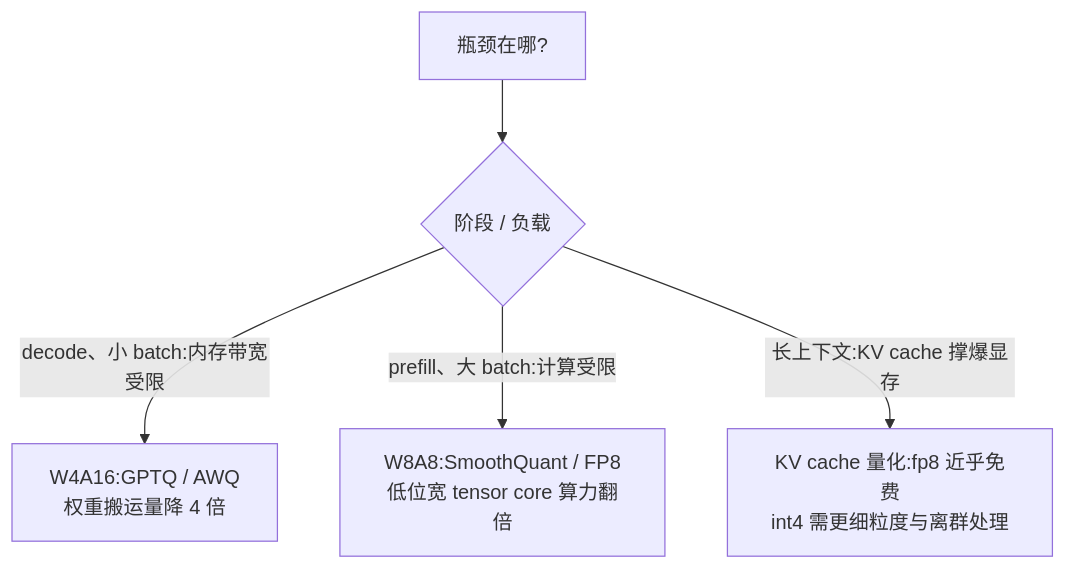
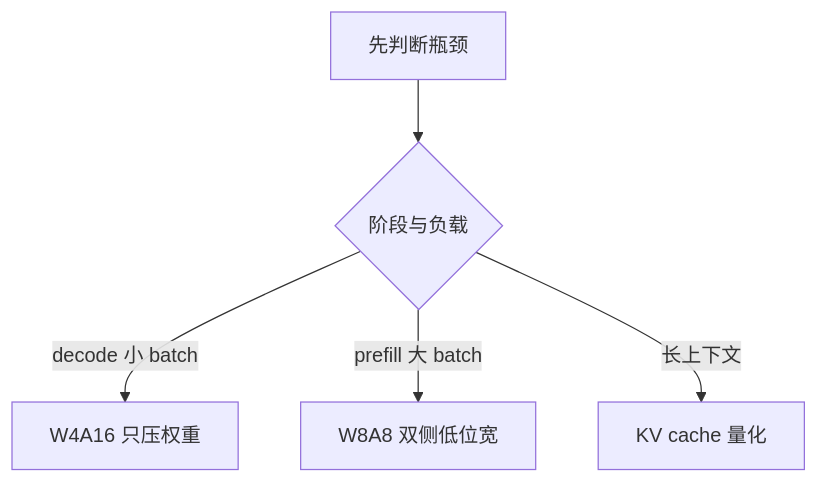
The diagram in knowledge/04-Infra/01-原理/量化.md (ChaoyuWang04/MockInterview), drawn with Mermaid before and after one commit. The commit also changed other lines of this file and 17 other files, not shown here.

````diff
--- a/knowledge/04-Infra/01-原理/量化.md
+++ b/knowledge/04-Infra/01-原理/量化.md
@@ -140,7 +199,7 @@
 ```mermaid
 flowchart TD
-    A[瓶颈在哪?] --> B{阶段 / 负载}
-    B -->|decode、小 batch:内存带宽受限| C[W4A16:GPTQ / AWQ<br/>权重搬运量降 4 倍]
-    B -->|prefill、大 batch:计算受限| D[W8A8:SmoothQuant / FP8<br/>低位宽 tensor core 算力翻倍]
-    B -->|长上下文:KV cache 撑爆显存| E[KV cache 量化:fp8 近乎免费<br/>int4 需更细粒度与离群处理]
+    A[先判断瓶颈] --> B{阶段与负载}
+    B -->|decode 小 batch| C[W4A16 只压权重]
+    B -->|prefill 大 batch| D[W8A8 双侧低位宽]
+    B -->|长上下文| E[KV cache 量化]
 ```
````
